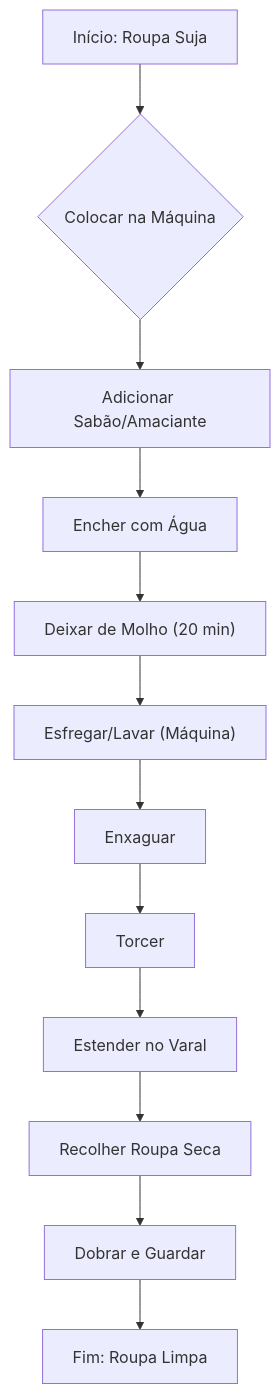
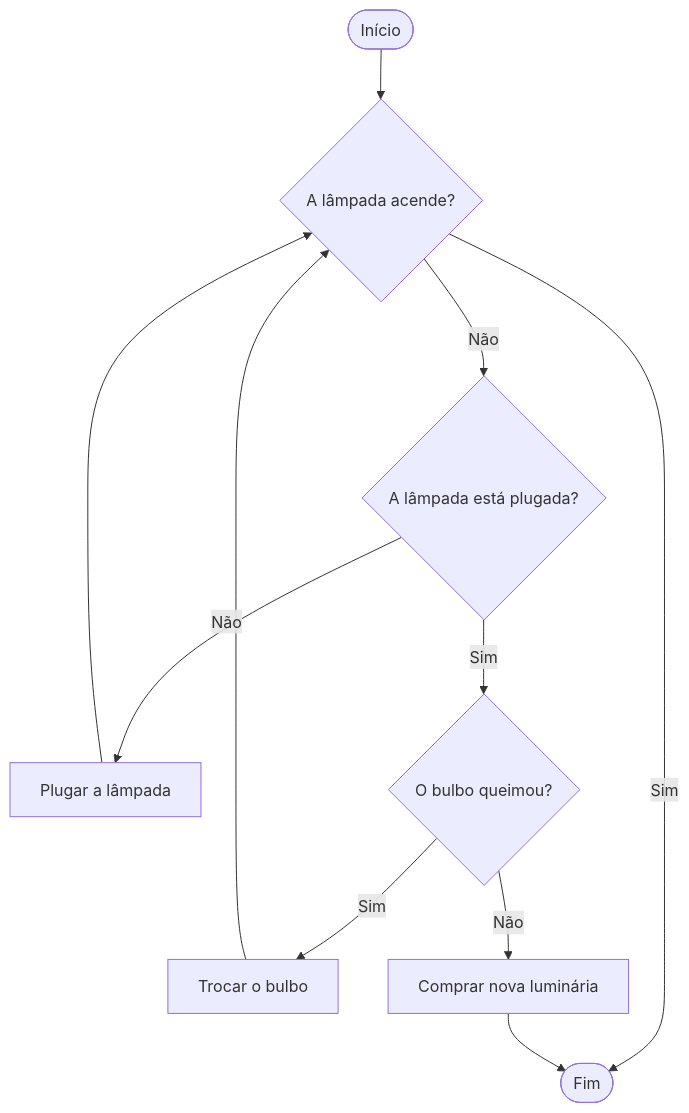
One commit to ricardotecpro/ads_mod_02_logica_e_algoritmos changed the first of 2 diagrams in docs/aulas/aula-01.md. Above: the diagram before and after it, drawn with Mermaid. The commit also changed other lines of this file and 66 other files, not shown here.

````diff
--- a/docs/aulas/aula-01.md
+++ b/docs/aulas/aula-01.md
@@ -280,15 +18,13 @@
 ```mermaid
-graph TD
-    A[Início: Roupa Suja] --> B{Colocar na Máquina};
-    B --> C[Adicionar Sabão/Amaciante];
-    C --> D[Encher com Água];
-    
-    D --> E["Deixar de Molho (20 min)"];
-    E --> F["Esfregar/Lavar (Máquina)"];
-    F --> G[Enxaguar];
-    G --> H[Torcer];
-    H --> I[Estender no Varal];
-    I --> J[Recolher Roupa Seca];
-    J --> K[Dobrar e Guardar];
-    K --> L[Fim: Roupa Limpa];
-```    
+graph TD;
+    A([Início]) --> B{A lâmpada acende?};
+    B -- Sim --> C([Fim]);
+    B -- Não --> D{A lâmpada está plugada?};
+    D -- Não --> E[Plugar a lâmpada];
+    D -- Sim --> F{O bulbo queimou?};
+    F -- Sim --> G[Trocar o bulbo];
+    F -- Não --> H[Comprar nova luminária];
+    E --> B;
+    G --> B;
+    H --> C;
+```
````
